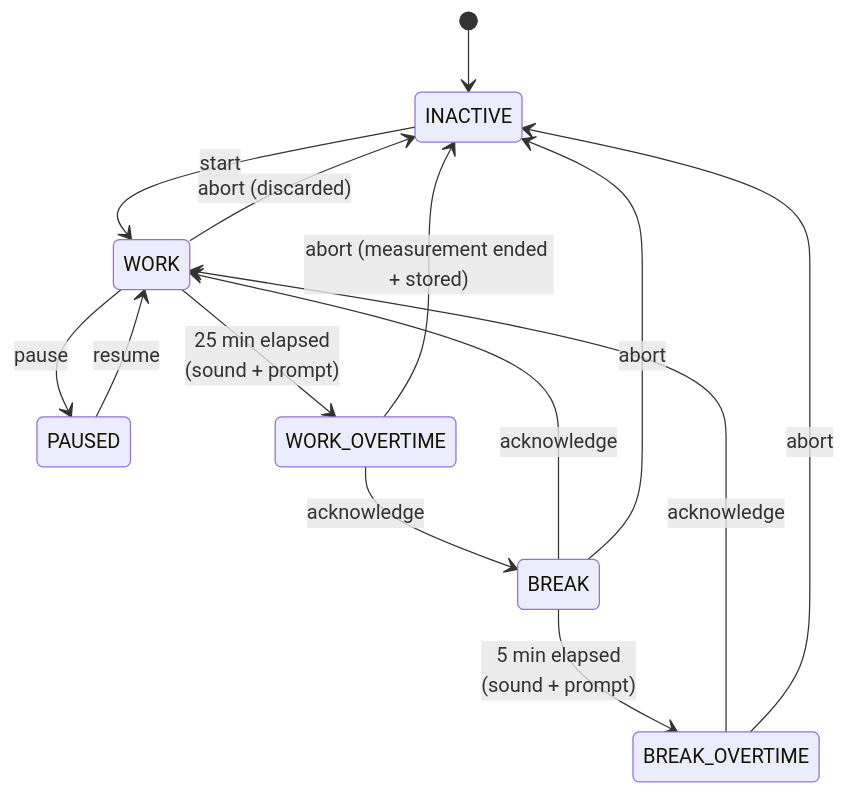
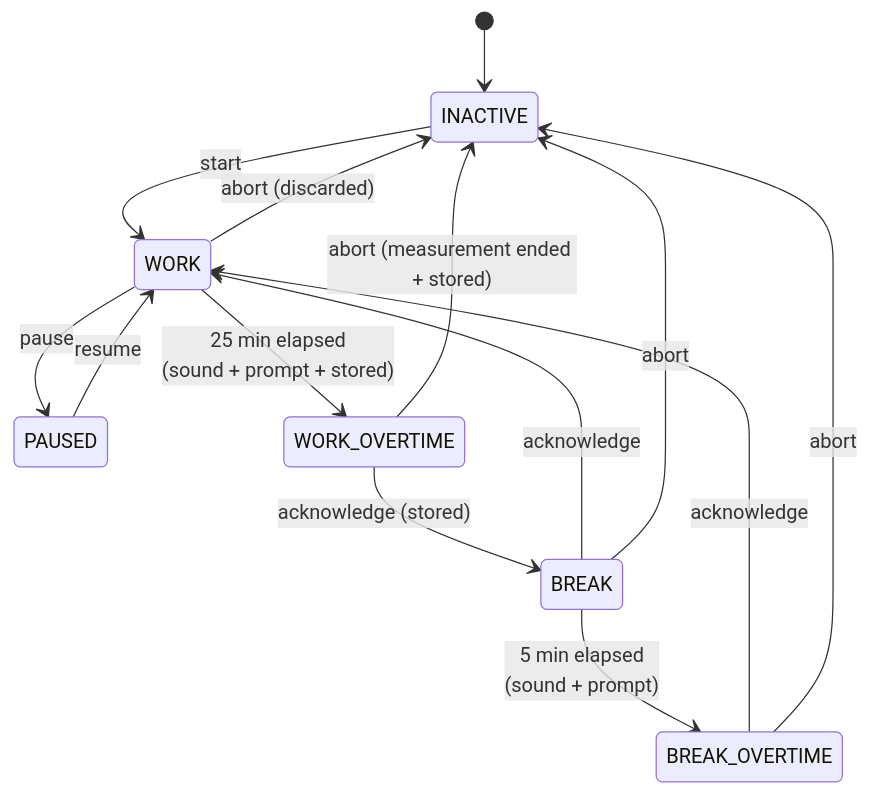
Before and after one commit to MaximilianGlaus/PomodoroTracker: the diagram in docs/STATES.md, drawn with Mermaid. The commit also changed other lines of this file and 4 other files, not shown here.

First line of the commit message:
docs: write ADR consequences and resolve STATES open points

````diff
--- a/docs/STATES.md
+++ b/docs/STATES.md
@@ -3,16 +3,16 @@
 ```mermaid
 stateDiagram-v2
     [*] --> INACTIVE
     INACTIVE --> WORK: start
     WORK --> PAUSED: pause
     PAUSED --> WORK: resume
     WORK --> INACTIVE: abort (discarded)
-    WORK --> WORK_OVERTIME: 25 min elapsed<br/>(sound + prompt)
-    WORK_OVERTIME --> BREAK: acknowledge
+    WORK --> WORK_OVERTIME: 25 min elapsed<br/>(sound + prompt + stored)
+    WORK_OVERTIME --> BREAK: acknowledge (stored)
     WORK_OVERTIME --> INACTIVE: abort (measurement ended + stored)
     BREAK --> BREAK_OVERTIME: 5 min elapsed<br/>(sound + prompt)
     BREAK --> WORK: acknowledge
     BREAK_OVERTIME --> WORK: acknowledge
     BREAK --> INACTIVE: abort
     BREAK_OVERTIME --> INACTIVE: abort
 ```
````
